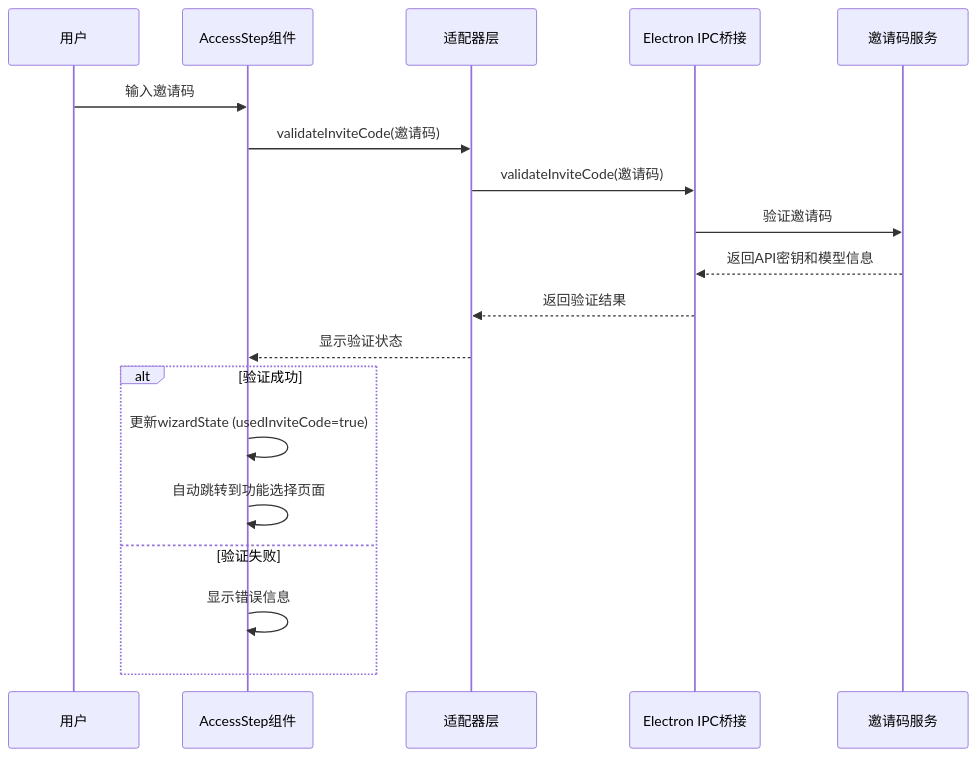
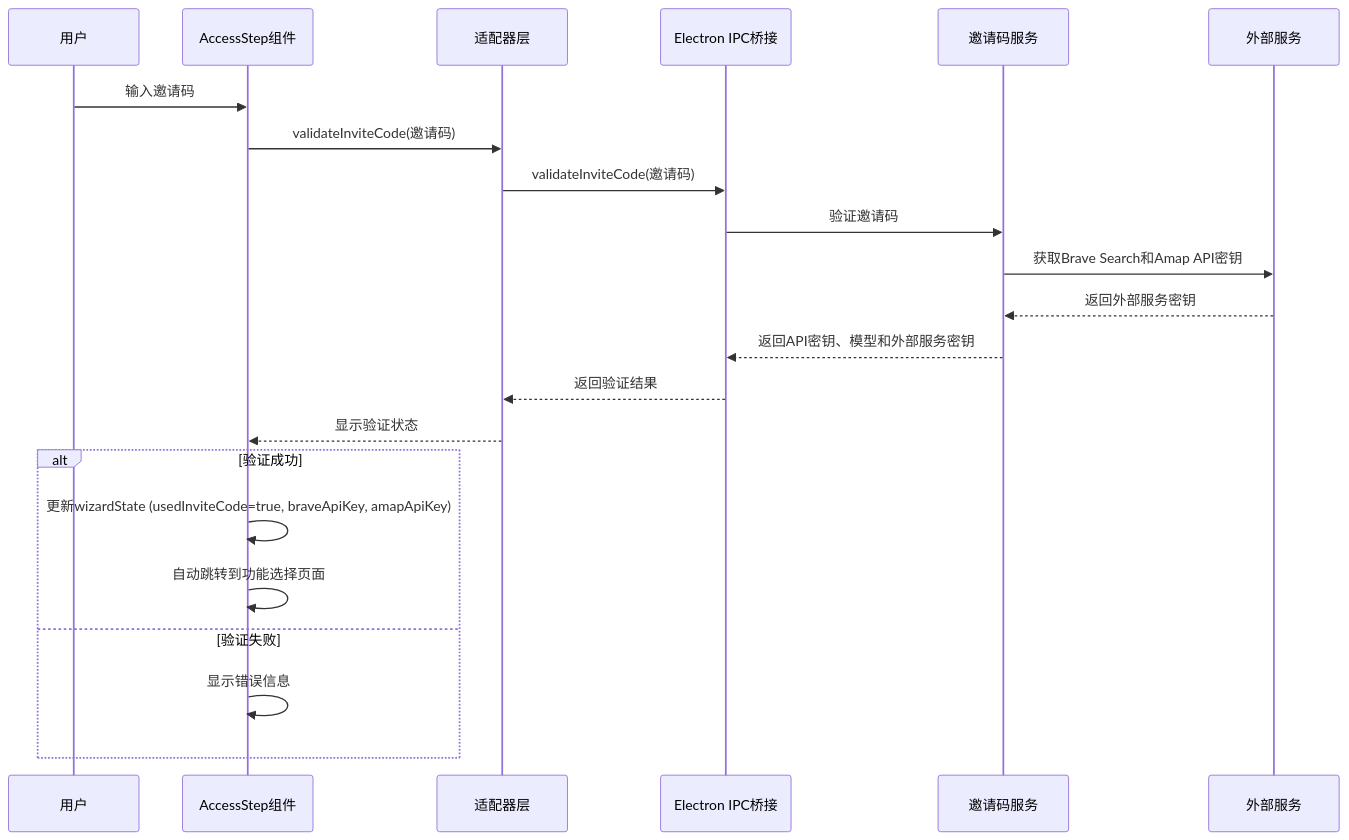
The tenth of 15 diagrams in .qoder/repowiki/zh/content/开发者指南/设置向导系统.md (verse-ai-org/openclaw), drawn with Mermaid before and after one commit. The commit also changed other lines of this file and 7 other files, not shown here.

````diff
--- a/.qoder/repowiki/zh/content/开发者指南/设置向导系统.md
+++ b/.qoder/repowiki/zh/content/开发者指南/设置向导系统.md
@@ -703,21 +741,24 @@
 ```mermaid
 sequenceDiagram
 participant User as 用户
 participant UI as AccessStep组件
 participant Adapter as 适配器层
 participant IPC as Electron IPC桥接
 participant Backend as 邀请码服务
+participant ExternalServices as 外部服务
 User->>UI : 输入邀请码
 UI->>Adapter : validateInviteCode(邀请码)
 Adapter->>IPC : validateInviteCode(邀请码)
 IPC->>Backend : 验证邀请码
-Backend-->>IPC : 返回API密钥和模型信息
+Backend->>ExternalServices : 获取Brave Search和Amap API密钥
+ExternalServices-->>Backend : 返回外部服务密钥
+Backend-->>IPC : 返回API密钥、模型和外部服务密钥
 IPC-->>Adapter : 返回验证结果
 Adapter-->>UI : 显示验证状态
 alt 验证成功
-UI->>UI : 更新wizardState (usedInviteCode=true)
+UI->>UI : 更新wizardState (usedInviteCode=true, braveApiKey, amapApiKey)
 UI->>UI : 自动跳转到功能选择页面
 else 验证失败
 UI->>UI : 显示错误信息
 end
 ```
````
